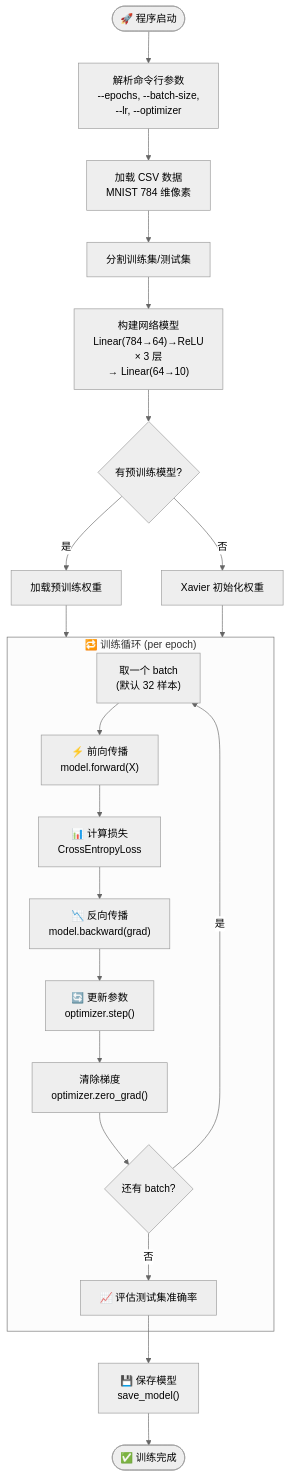
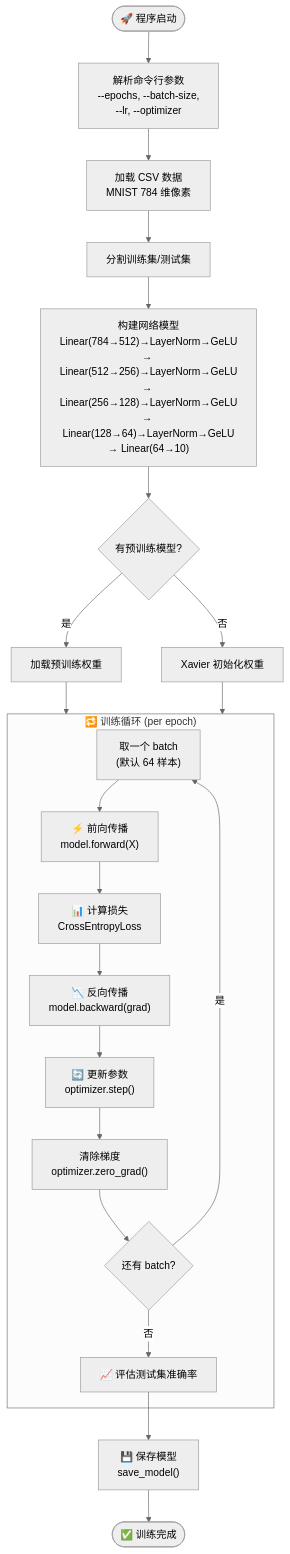
One commit to EthanPeng-2048/neuralnet.cpp changed the third of 13 diagrams in ARCHITECTURE.md. Above: the diagram before and after it, drawn with Mermaid (neutral theme). The commit also changed other lines of this file and 2 other files, not shown here.

````diff
--- a/ARCHITECTURE.md
+++ b/ARCHITECTURE.md
@@ -107,28 +107,28 @@
 ```mermaid
 flowchart TD
     START(["🚀 程序启动"]) --> PARSE["解析命令行参数<br/>--epochs, --batch-size,<br/>--lr, --optimizer"]
     PARSE --> LOAD_DATA["加载 CSV 数据<br/>MNIST 784 维像素"]
     LOAD_DATA --> SPLIT["分割训练集/测试集"]
-    SPLIT --> BUILD["构建网络模型<br/>Linear(784→64)→ReLU<br/>× 3 层<br/>→ Linear(64→10)"]
+    SPLIT --> BUILD["构建网络模型<br/>Linear(784→512)→LayerNorm→GeLU<br/>→ Linear(512→256)→LayerNorm→GeLU<br/>→ Linear(256→128)→LayerNorm→GeLU<br/>→ Linear(128→64)→LayerNorm→GeLU<br/>→ Linear(64→10)"]
     BUILD --> LOAD_PREV{"有预训练模型?"}
     LOAD_PREV -->|"是"| LOAD_M["加载预训练权重"]
     LOAD_PREV -->|"否"| INIT["Xavier 初始化权重"]
     LOAD_M --> TRAIN_LOOP
     INIT --> TRAIN_LOOP
 
     subgraph TRAIN_LOOP["🔁 训练循环 (per epoch)"]
-        BATCH["取一个 batch<br/>(默认 32 样本)"]
+        BATCH["取一个 batch<br/>(默认 64 样本)"]
         BATCH --> FORWARD["⚡ 前向传播<br/>model.forward(X)"]
         FORWARD --> LOSS["📊 计算损失<br/>CrossEntropyLoss"]
         LOSS --> BACKWARD["📉 反向传播<br/>model.backward(grad)"]
         BACKWARD --> UPDATE["🔄 更新参数<br/>optimizer.step()"]
         UPDATE --> CLR["清除梯度<br/>optimizer.zero_grad()"]
         CLR --> CHECK{"还有 batch?"}
         CHECK -->|"是"| BATCH
         CHECK -->|"否"| EVAL
     end
 
     EVAL["📈 评估测试集准确率"]
     EVAL --> SAVE["💾 保存模型<br/>save_model()"]
     SAVE --> DONE(["✅ 训练完成"])
 ```
````
